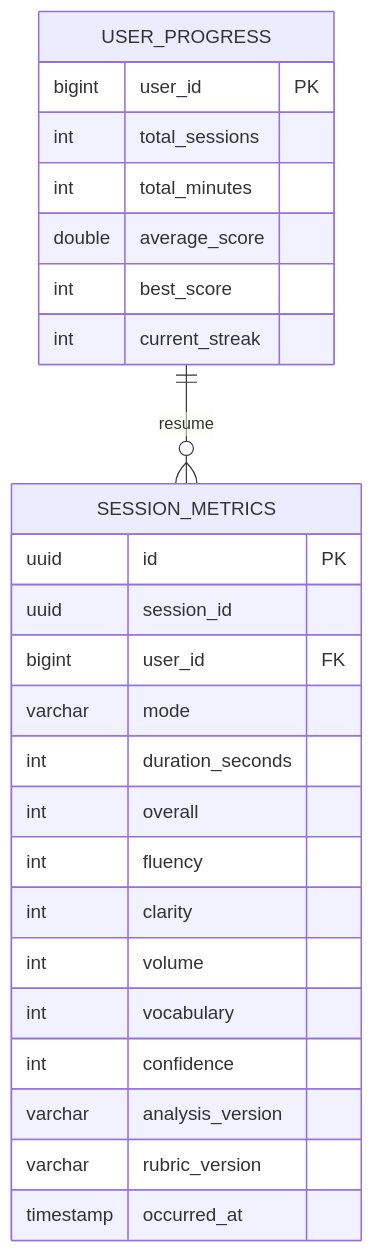
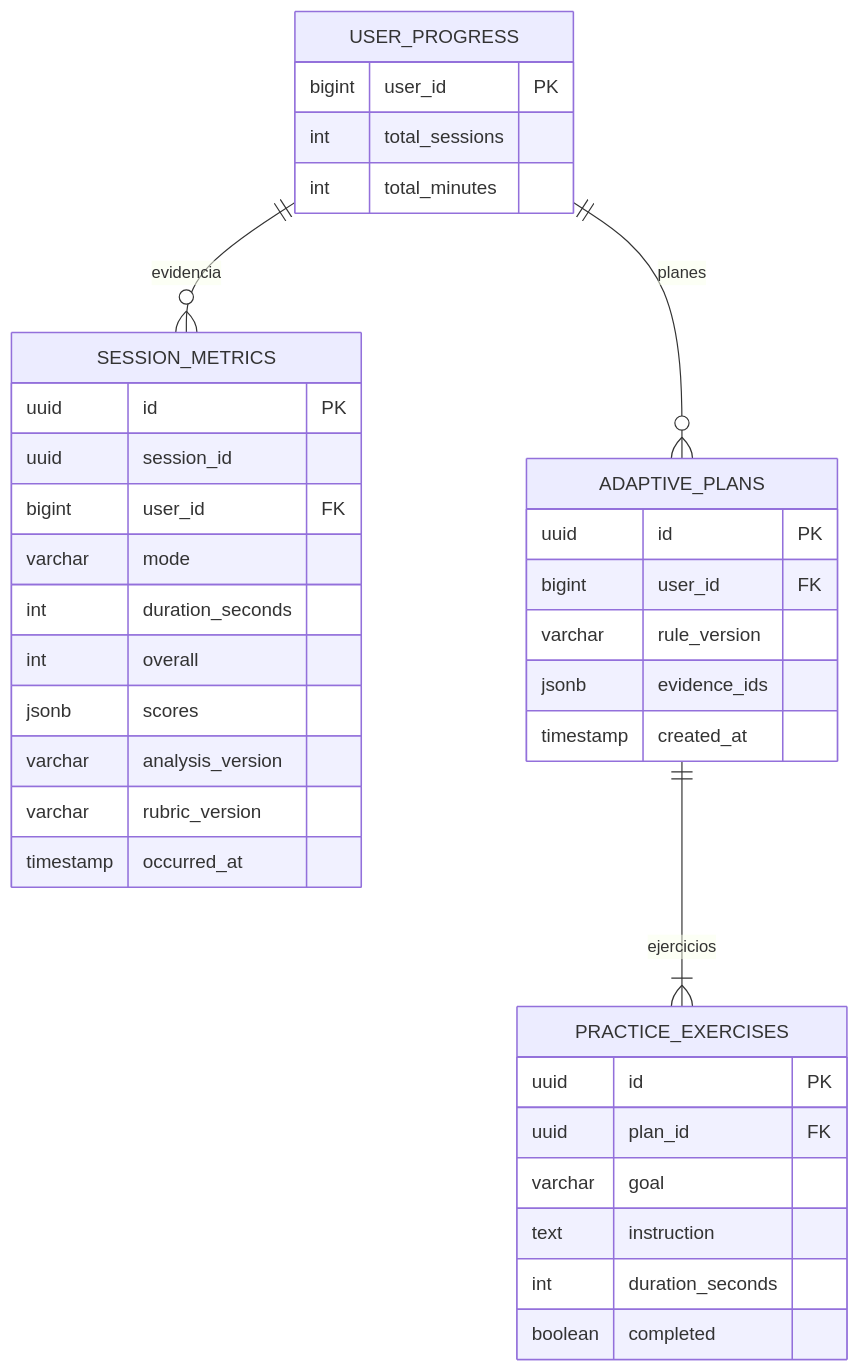
One commit to upc-pre-202620-si728-16365-thropic/talki-project-report changed the diagram in assets/diagrams/tactical/05-progress-adaptation-database.mmd. Above: the diagram before and after it, drawn with Mermaid. The commit also changed 6 other files, not shown here.

```diff
--- a/assets/diagrams/tactical/05-progress-adaptation-database.mmd
+++ b/assets/diagrams/tactical/05-progress-adaptation-database.mmd
@@ -1,26 +1,36 @@
 erDiagram
-    USER_PROGRESS ||--o{ SESSION_METRICS : resume
+    USER_PROGRESS ||--o{ SESSION_METRICS : evidencia
+    USER_PROGRESS ||--o{ ADAPTIVE_PLANS : planes
+    ADAPTIVE_PLANS ||--|{ PRACTICE_EXERCISES : ejercicios
     USER_PROGRESS {
         bigint user_id PK
         int total_sessions
         int total_minutes
-        double average_score
-        int best_score
-        int current_streak
     }
     SESSION_METRICS {
         uuid id PK
         uuid session_id
         bigint user_id FK
         varchar mode
         int duration_seconds
         int overall
-        int fluency
-        int clarity
-        int volume
-        int vocabulary
-        int confidence
+        jsonb scores
         varchar analysis_version
         varchar rubric_version
         timestamp occurred_at
     }
+    ADAPTIVE_PLANS {
+        uuid id PK
+        bigint user_id FK
+        varchar rule_version
+        jsonb evidence_ids
+        timestamp created_at
+    }
+    PRACTICE_EXERCISES {
+        uuid id PK
+        uuid plan_id FK
+        varchar goal
+        text instruction
+        int duration_seconds
+        boolean completed
+    }
```
